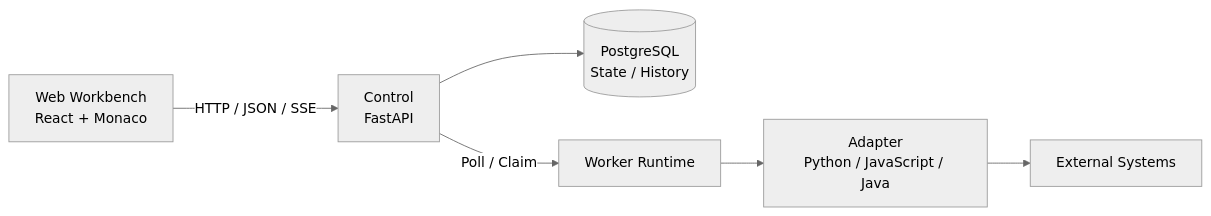
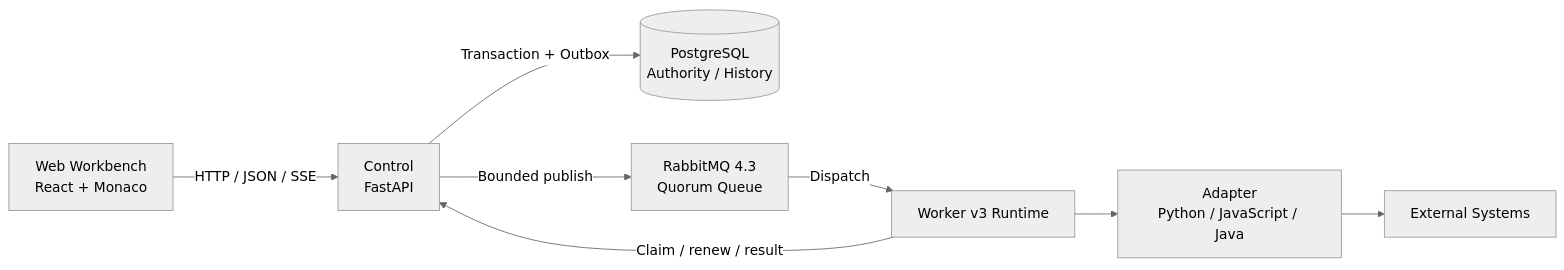
The diagram in README.en.md (john-ops-lab/DataLinkRuntime), drawn with Mermaid (neutral theme) before and after one commit. The commit also changed other lines of this file and 19 other files, not shown here.

````diff
--- a/README.en.md
+++ b/README.en.md
@@ -281,8 +301,10 @@
 ```mermaid
 flowchart LR
     U["Web Workbench<br/>React + Monaco"] -->|"HTTP / JSON / SSE"| C["Control<br/>FastAPI"]
-    C --> P[("PostgreSQL<br/>State / History")]
-    C -->|"Poll / Claim"| W["Worker Runtime"]
+    C -->|"Transaction + Outbox"| P[("PostgreSQL<br/>Authority / History")]
+    C -->|"Bounded publish"| Q["RabbitMQ 4.3<br/>Quorum Queue"]
+    Q -->|"Dispatch"| W["Worker v3 Runtime"]
+    W -->|"Claim / renew / result"| C
     W --> A["Adapter<br/>Python / JavaScript / Java"]
     A --> X["External Systems"]
 ```
````
